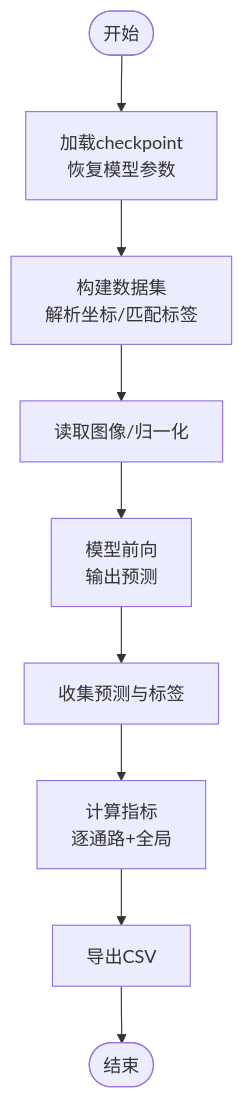
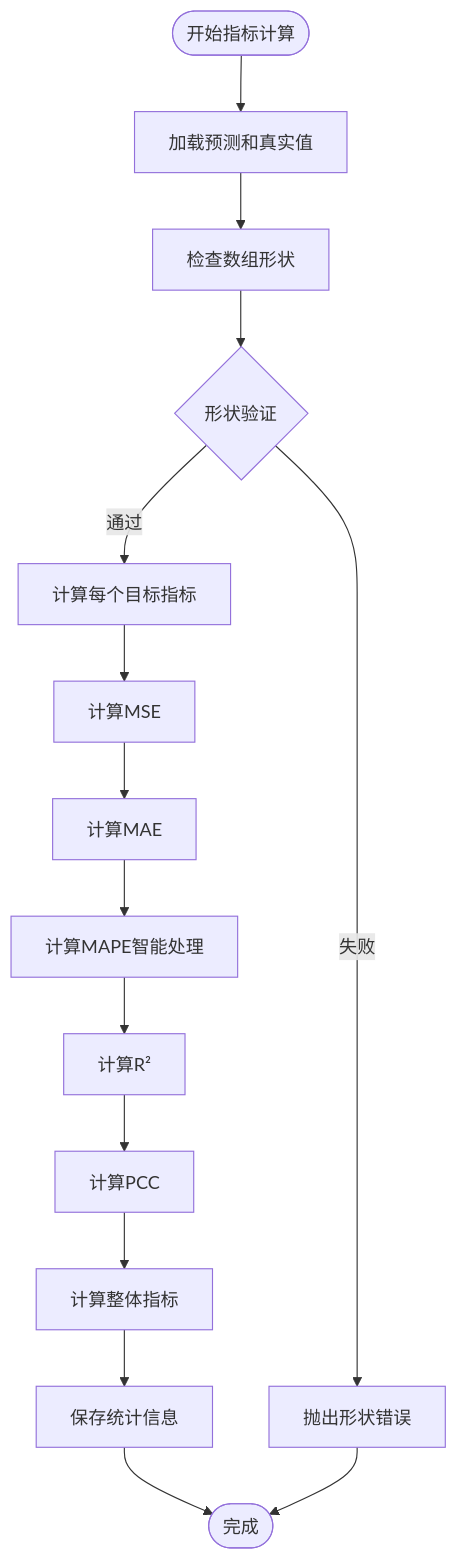
One commit to qzs610038-star/AI-esophagus-cancer-basedon-HF-HT changed the fourth of 5 diagrams in .qoder/repowiki/zh/content/推理评估系统/推理评估系统.md. Above: the diagram before and after it, drawn with Mermaid. The commit also changed other lines of this file and 14 other files, not shown here.

````diff
--- a/.qoder/repowiki/zh/content/推理评估系统/推理评估系统.md
+++ b/.qoder/repowiki/zh/content/推理评估系统/推理评估系统.md
@@ -260,11 +256,17 @@
 ```mermaid
 flowchart TD
-START(["开始"]) --> LOAD_CKPT["加载checkpoint<br/>恢复模型参数"]
-LOAD_CKPT --> BUILD_DS["构建数据集<br/>解析坐标/匹配标签"]
-BUILD_DS --> LOAD_IMG["读取图像/归一化"]
-LOAD_IMG --> MODEL_FWD["模型前向<br/>输出预测"]
-MODEL_FWD --> COLLECT["收集预测与标签"]
-COLLECT --> METRICS["计算指标<br/>逐通路+全局"]
-METRICS --> EXPORT["导出CSV"]
-EXPORT --> END(["结束"])
+START(["开始指标计算"]) --> LOAD_DATA["加载预测和真实值"]
+LOAD_DATA --> CHECK_SHAPES["检查数组形状"]
+CHECK_SHAPES --> VALIDATE_SHAPES{"形状验证"}
+VALIDATE_SHAPES --> |通过| CALC_PER_TARGET["计算每个目标指标"]
+VALIDATE_SHAPES --> |失败| ERROR["抛出形状错误"]
+CALC_PER_TARGET --> CALC_MSE["计算MSE"]
+CALC_MSE --> CALC_MAE["计算MAE"]
+CALC_MAE --> CALC_MAPE["计算MAPE智能处理"]
+CALC_MAPE --> CALC_R2["计算R²"]
+CALC_R2 --> CALC_PCC["计算PCC"]
+CALC_PCC --> CALC_OVERALL["计算整体指标"]
+CALC_OVERALL --> SAVE_STATS["保存统计信息"]
+SAVE_STATS --> END(["完成"])
+ERROR --> END
 ```
````
